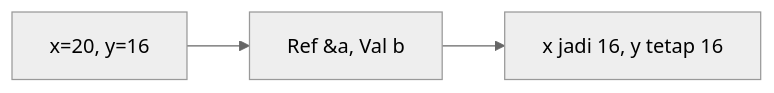
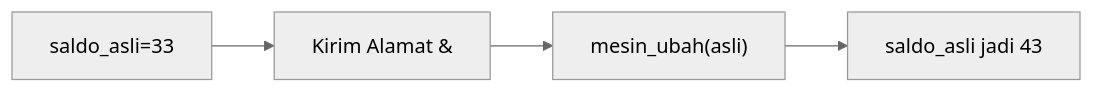
One commit to amnahwaida/OSNK_INF_PREP changed the fifth of 25 diagrams in part-c-pemahaman-cpp/04-fungsi/latihan/set-10.md. Above: the diagram before and after it, drawn with Mermaid (neutral theme). The commit also changed other lines of this file and 71 other files, not shown here.

````diff
--- a/part-c-pemahaman-cpp/04-fungsi/latihan/set-10.md
+++ b/part-c-pemahaman-cpp/04-fungsi/latihan/set-10.md
@@ -126,5 +133,6 @@
 ```mermaid
 graph LR
-A["x=20, y=16"] --> B["Ref &a, Val b"]
-B --> C["x jadi 16, y tetap 16"]
+A["saldo_asli=33"] --> B["Kirim Alamat &"]
+B --> C["mesin_ubah(asli)"]
+C --> D["saldo_asli jadi 43"]
 ```
````
